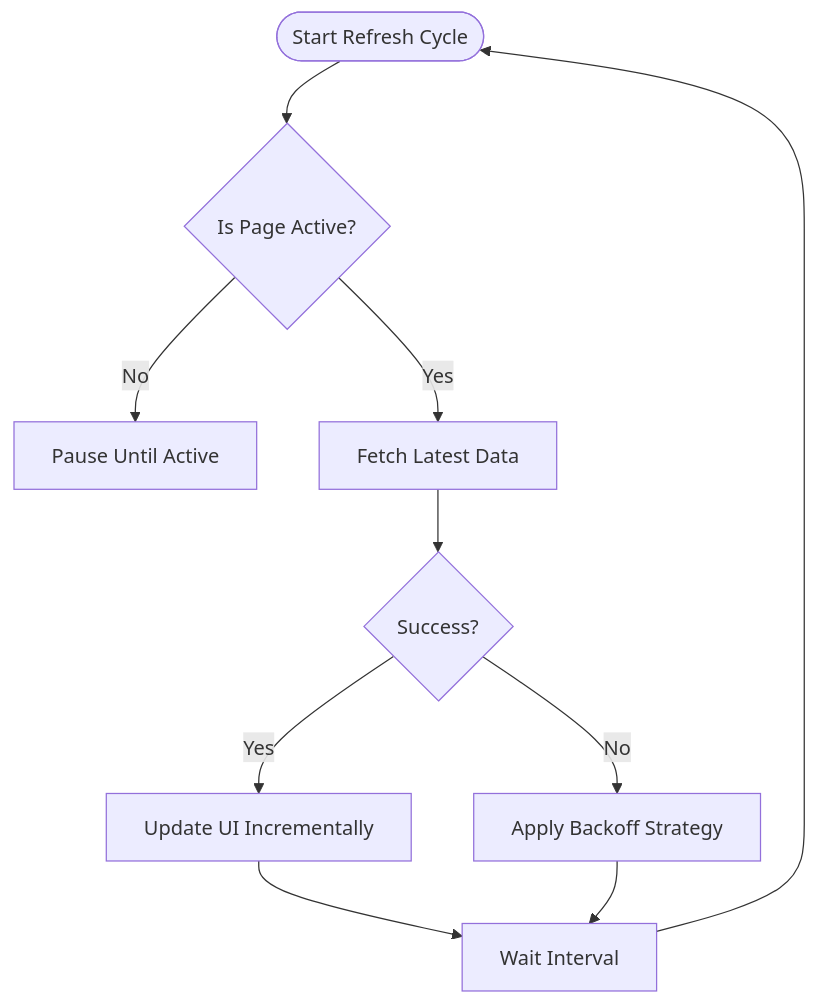
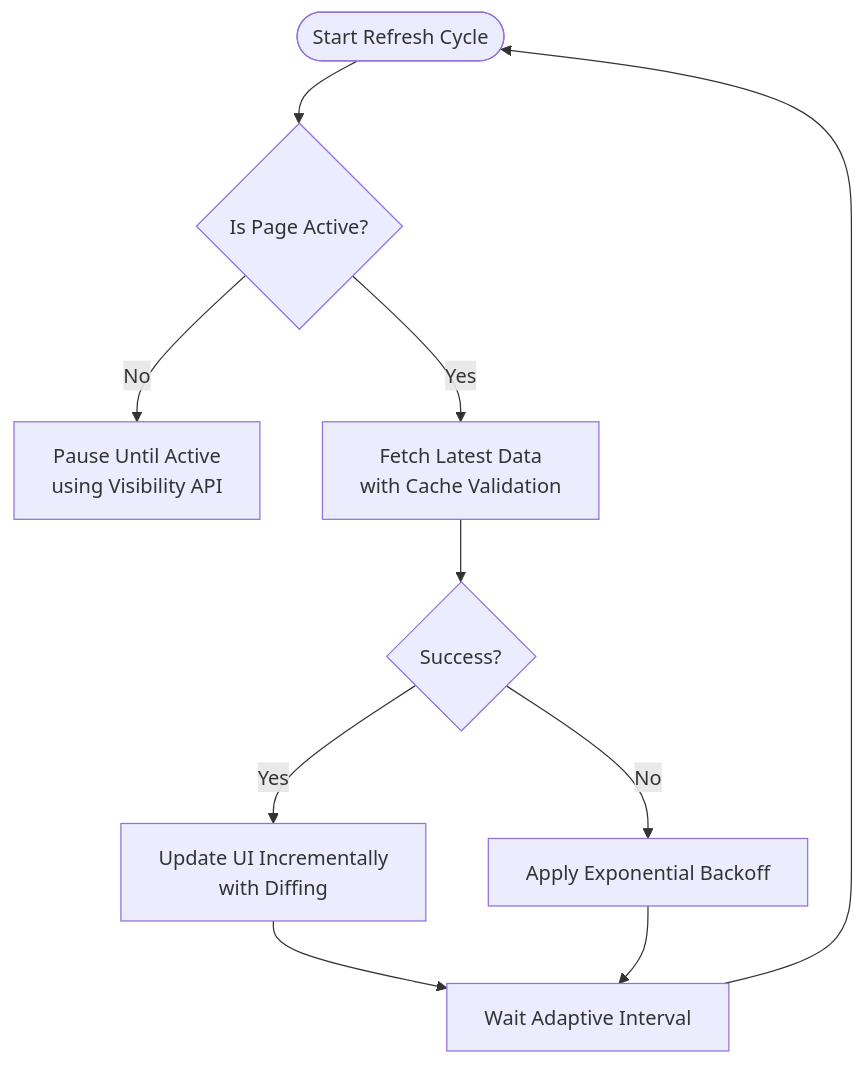
The tenth of 15 diagrams in .qoder/repowiki/en/content/Web Application/Client-Side Architecture.md (zuohaisu/wecom-archive), drawn with Mermaid before and after one commit. The commit also changed other lines of this file and 95 other files, not shown here.

````diff
--- a/.qoder/repowiki/en/content/Web Application/Client-Side Architecture.md
+++ b/.qoder/repowiki/en/content/Web Application/Client-Side Architecture.md
@@ -378,12 +446,12 @@
 ```mermaid
 flowchart TD
 Start(["Start Refresh Cycle"]) --> CheckActive{"Is Page Active?"}
-CheckActive --> |No| Pause["Pause Until Active"]
-CheckActive --> |Yes| Fetch["Fetch Latest Data"]
+CheckActive --> |No| Pause["Pause Until Active<br/>using Visibility API"]
+CheckActive --> |Yes| Fetch["Fetch Latest Data<br/>with Cache Validation"]
 Fetch --> Success{"Success?"}
-Success --> |Yes| UpdateUI["Update UI Incrementally"]
-Success --> |No| Backoff["Apply Backoff Strategy"]
-UpdateUI --> Wait["Wait Interval"]
+Success --> |Yes| UpdateUI["Update UI Incrementally<br/>with Diffing"]
+Success --> |No| Backoff["Apply Exponential Backoff"]
+UpdateUI --> Wait["Wait Adaptive Interval"]
 Backoff --> Wait
 Wait --> Start
 ```
````
